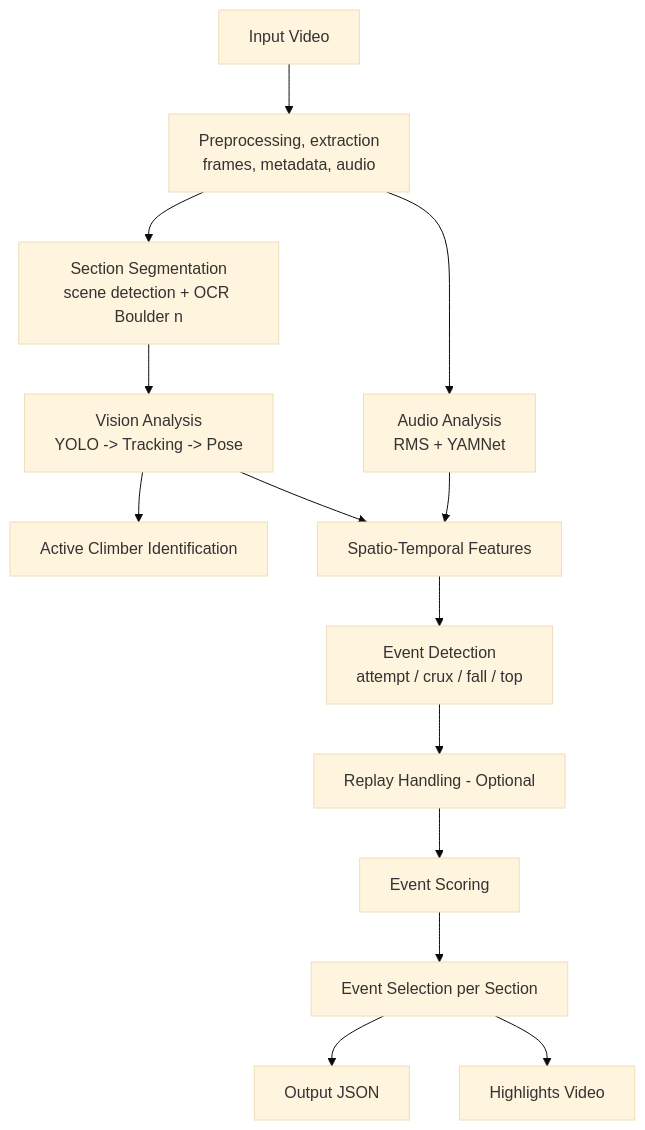
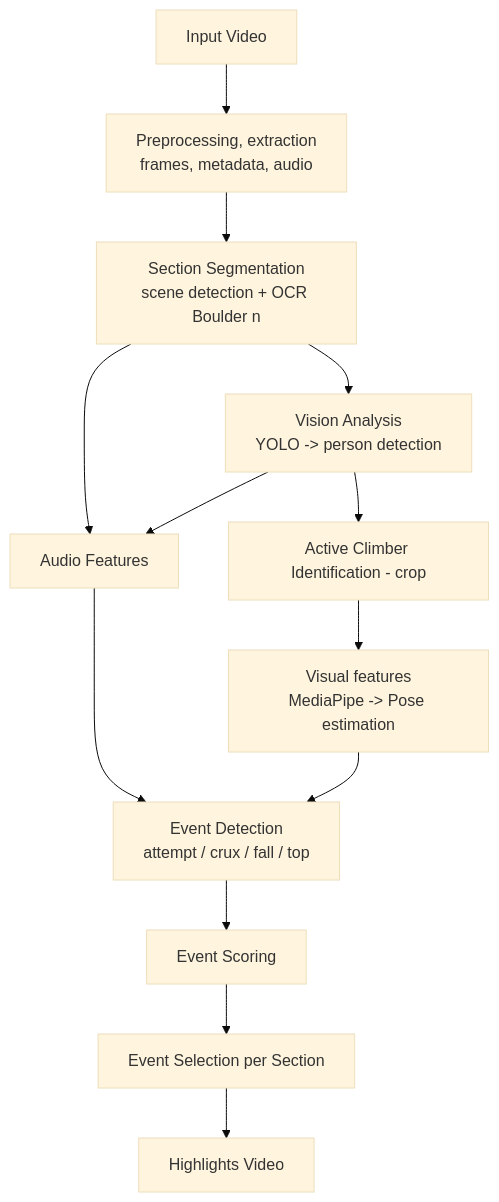
One commit to SouheilMaatoug/bouldering-highlights changed the diagram in README.md. Above: the diagram before and after it, drawn with Mermaid (base theme).

Commit message:
fix: correct pipeline

````diff
--- a/README.md
+++ b/README.md
@@ -35,16 +35,15 @@
 ```mermaid
 flowchart TD
     A[Input Video] --> B[Preprocessing, extraction<br/>frames,  metadata, audio];
     B --> C[Section Segmentation<br/>scene detection + OCR Boulder n];
-    C --> D[Vision Analysis<br/>YOLO -> Tracking -> Pose];
-    D --> E[Active Climber Identification];
-    B --> F[Audio Analysis<br/>RMS + YAMNet];
-    D --> G[Spatio-Temporal Features];
-    F --> G;
+    C --> D[Vision Analysis<br/>YOLO -> person detection];
+    D --> E[Active Climber Identification - crop];
+    E --> F[Visual features<br/>MediaPipe -> Pose estimation]
+    C --> G[Audio Analysis<br/>RMS + YAMNet];
+    D --> G[Audio Features];
     G --> H[Event Detection<br/>attempt / crux / fall / top];
-    H --> I[Replay Handling - Optional];
-    I --> J[Event Scoring];
+    F --> H;
+    H --> J[Event Scoring];
     J --> K[Event Selection per Section];
-    K --> L1[Output JSON];
-    K --> L2[Highlights Video];
+    K --> L[Highlights Video];
 ```
````
